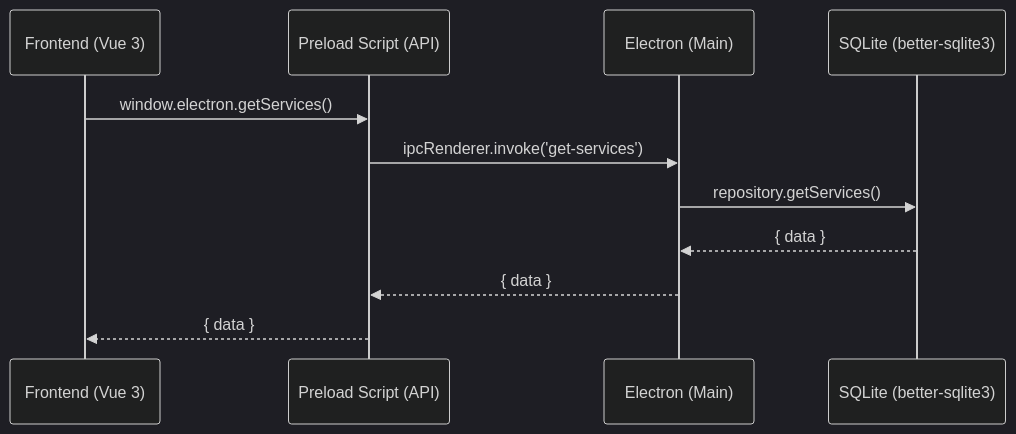
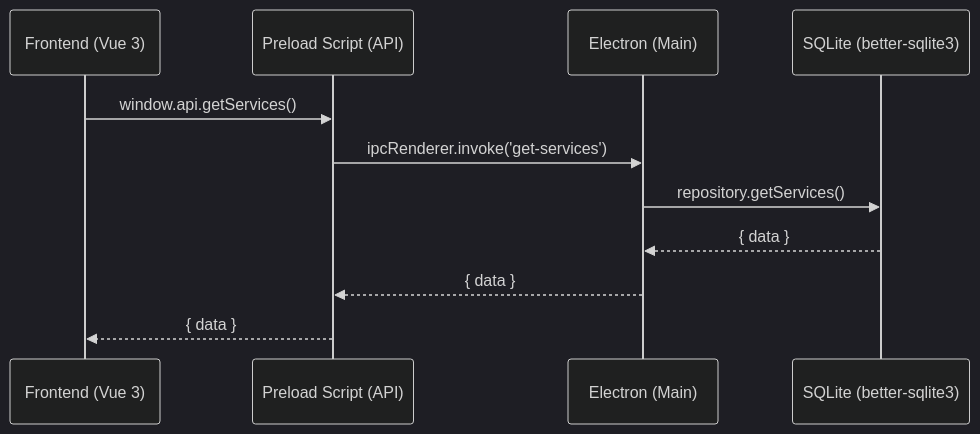
One commit to Nuno-Hadianto/nuNox_servis changed the diagram in docs/ARCHITECTURE.md. Above: the diagram before and after it, drawn with Mermaid (dark theme). The commit also changed other lines of this file and 2 other files, not shown here.

````diff
--- a/docs/ARCHITECTURE.md
+++ b/docs/ARCHITECTURE.md
@@ -17,14 +17,14 @@
 ```mermaid
 sequenceDiagram
     participant Vue as Frontend (Vue 3)
     participant Preload as Preload Script (API)
     participant Electron as Electron (Main)
     participant DB as SQLite (better-sqlite3)
 
-    Vue->>Preload: window.electron.getServices()
+    Vue->>Preload: window.api.getServices()
     Preload->>Electron: ipcRenderer.invoke('get-services')
     Electron->>DB: repository.getServices()
     DB-->>Electron: { data }
     Electron-->>Preload: { data }
     Preload-->>Vue: { data }
 ```
````
